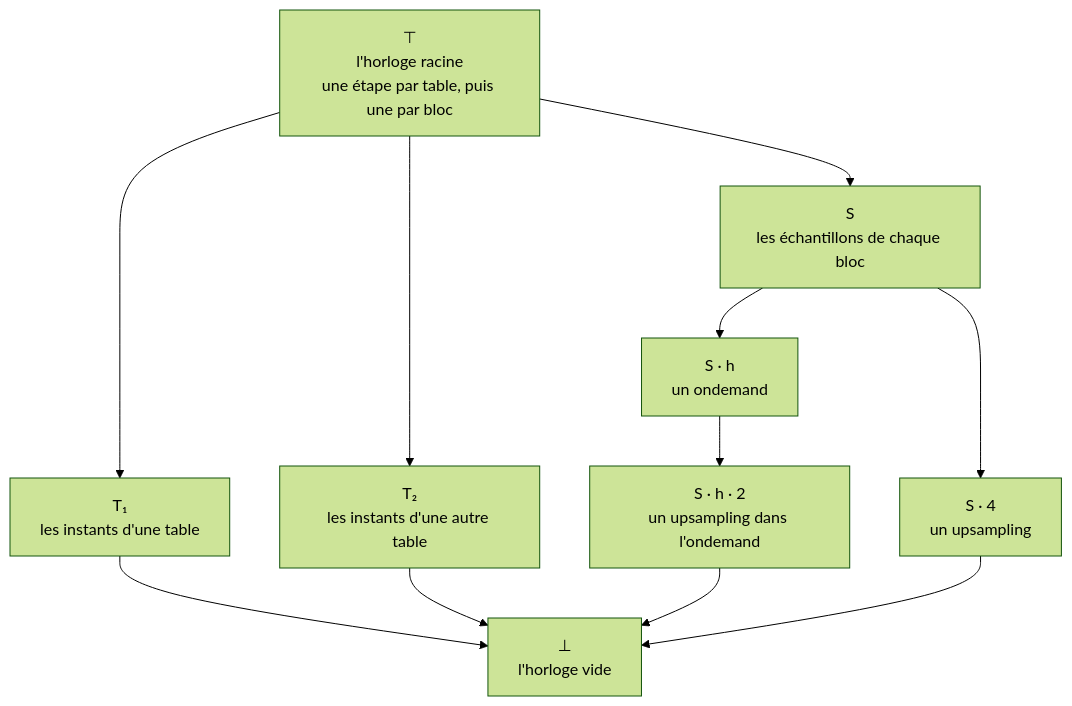
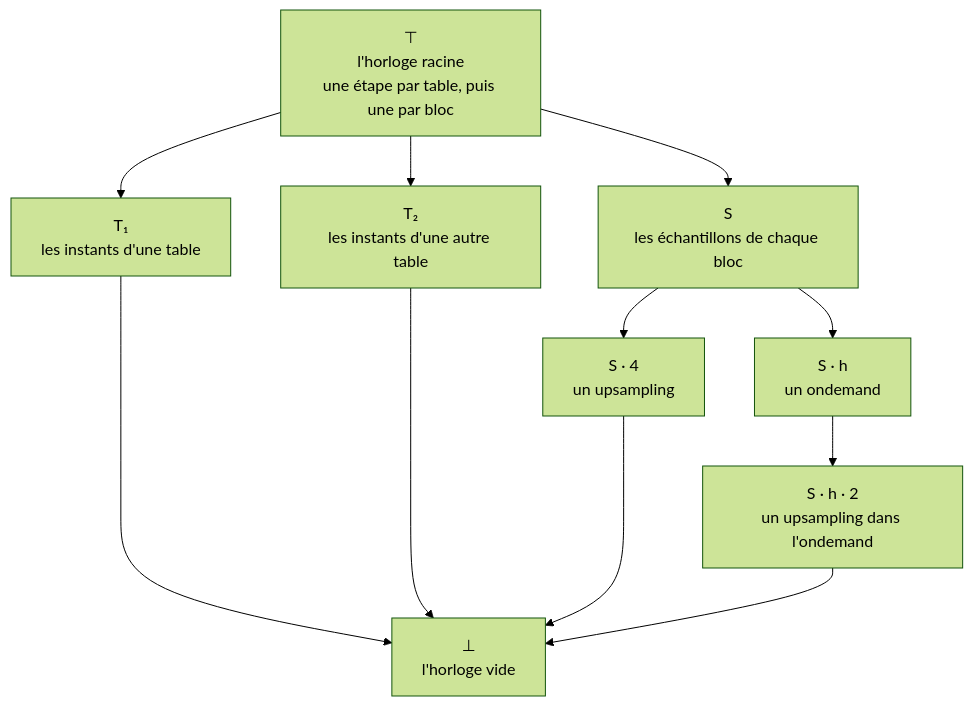
Before and after one commit to orlarey/faust-ondemand-spec: the diagram in clocks.md, drawn with Mermaid (forest theme). The commit also changed other lines of this file, not shown here.

Commit message:
Clocks, draft v47: layout fixes after seeing the rendered page (the definition box no longer splits, the lattice is drawn level by level)
Claude-Session: https://claude.ai/code/session_018NSMNn8SBtSrVhCj29zinY

````diff
--- a/clocks.md
+++ b/clocks.md
@@ -205,21 +207,21 @@
-```mermaid "Le treillis des horloges d'un programme" \label{fig:treillis}
+```mermaid
 flowchart TD
   R["⊤<br>l'horloge racine<br>une étape par table, puis une par bloc"]
   T1["T₁<br>les instants d'une table"]
   T2["T₂<br>les instants d'une autre table"]
   S["S<br>les échantillons de chaque bloc"]
   A["S · h<br>un ondemand"]
   B["S · 4<br>un upsampling"]
   C["S · h · 2<br>un upsampling dans l'ondemand"]
   X["⊥<br>l'horloge vide"]
   R --> T1
   R --> T2
   R --> S
   S --> A
   S --> B
   A --> C
-  T1 --> X
-  T2 --> X
+  T1 ----> X
+  T2 ----> X
+  B ---> X
   C --> X
-  B --> X
 ```
````
